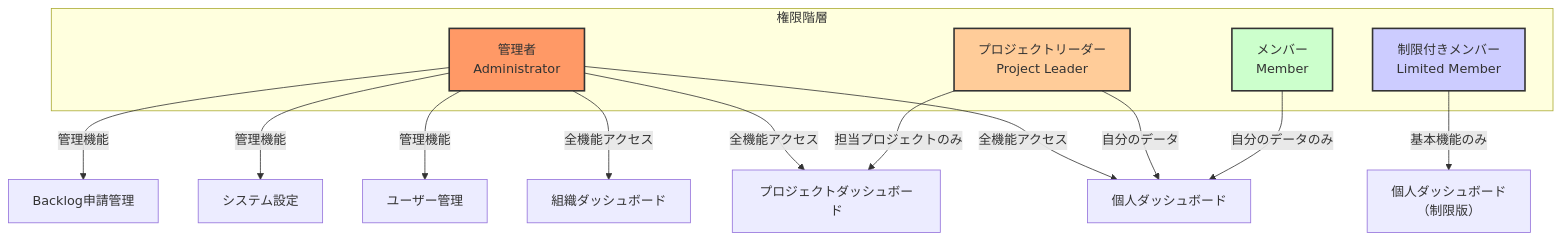
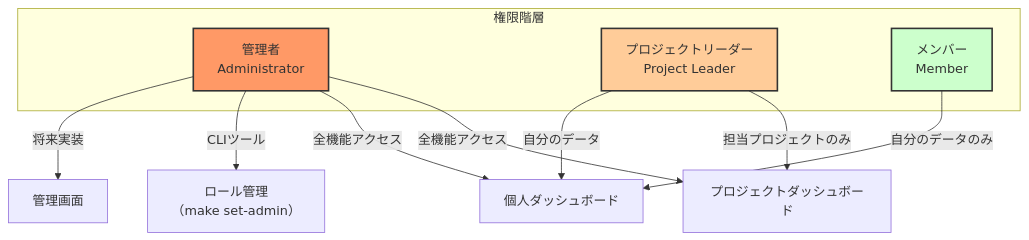
Before and after one commit to rasshii/team-insight: the fifth of 13 diagrams in Doc/mvp.md, drawn with Mermaid. The commit also changed other lines of this file and 64 other files, not shown here.

````diff
--- a/Doc/mvp.md
+++ b/Doc/mvp.md
@@ -165,28 +149,22 @@
 ```mermaid
 graph TD
     subgraph "権限階層"
         A[管理者<br>Administrator]
         B[プロジェクトリーダー<br>Project Leader]
         C[メンバー<br>Member]
-        D[制限付きメンバー<br>Limited Member]
     end
 
-    A -->|全機能アクセス| E[組織ダッシュボード]
-    A -->|全機能アクセス| F[プロジェクトダッシュボード]
-    A -->|全機能アクセス| G[個人ダッシュボード]
-    A -->|管理機能| H[ユーザー管理]
-    A -->|管理機能| I[システム設定]
-    A -->|管理機能| J[Backlog申請管理]
+    A -->|全機能アクセス| E[プロジェクトダッシュボード]
+    A -->|全機能アクセス| F[個人ダッシュボード]
+    A -->|CLIツール| G[ロール管理<br>（make set-admin）]
+    A -->|将来実装| H[管理画面]
 
-    B -->|担当プロジェクトのみ| F
-    B -->|自分のデータ| G
+    B -->|担当プロジェクトのみ| E
+    B -->|自分のデータ| F
 
-    C -->|自分のデータのみ| G
-
-    D -->|基本機能のみ| K[個人ダッシュボード<br>（制限版）]
+    C -->|自分のデータのみ| F
 
     style A fill:#f96,stroke:#333,stroke-width:2px
     style B fill:#fc9,stroke:#333,stroke-width:2px
     style C fill:#cfc,stroke:#333,stroke-width:2px
-    style D fill:#ccf,stroke:#333,stroke-width:2px
 ```
````
